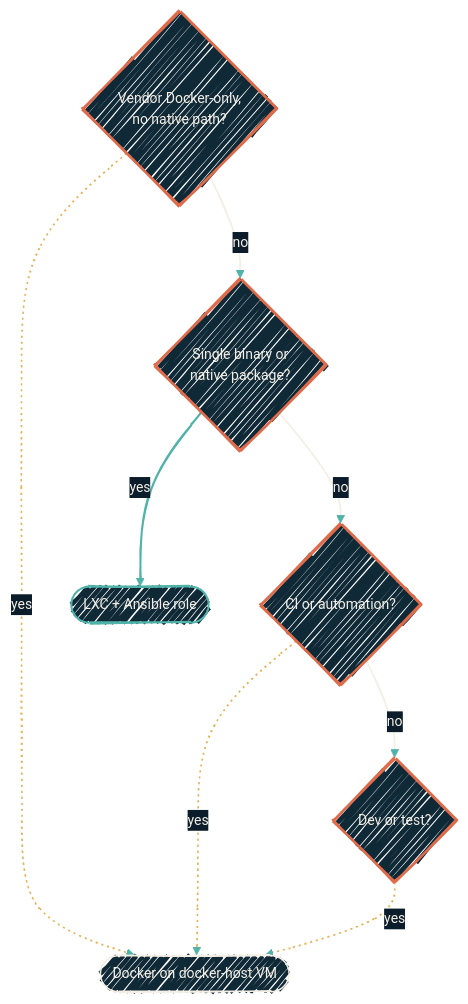
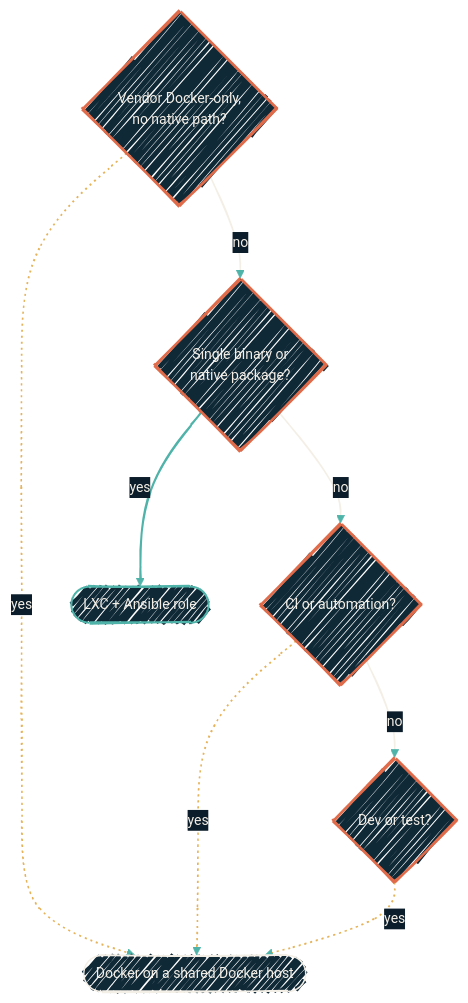
One commit to dryvist/docs changed the diagram in infrastructure/lxc-vs-docker.mdx. Above: the diagram before and after it, drawn with Mermaid. The commit also changed other lines of this file and 2 other files, not shown here.

````diff
--- a/infrastructure/lxc-vs-docker.mdx
+++ b/infrastructure/lxc-vs-docker.mdx
@@ -27,31 +27,31 @@
 ```mermaid
 %%{init:
   {'theme':'base','look':'handDrawn','themeVariables':{'fontFamily':'Geist','fontSize':'14px','primaryColor':'#102937','primaryTextColor':'#F4EFE6','primaryBorderColor':'#4FB3A9','lineColor':'#4FB3A9','secondaryColor':'#0B1D2A','tertiaryColor':'#1A2A38','clusterBkg':'rgba(79,179,169,0.08)','clusterBorder':'#4FB3A9'}}}%%
   flowchart TB
   q1{"Vendor Docker-only,<br/>no native path?"}
   q2{"Single binary or<br/>native package?"}
   q3{"CI or automation?"}
   q4{"Dev or test?"}
   lxc(["LXC + Ansible role"])
-  dh(["Docker on docker-host VM"])
+  dh(["Docker on a shared Docker host"])
 
   q1 -->|yes| dh
   q1 -->|no| q2
   q2 -->|yes| lxc
   q2 -->|no| q3
   q3 -->|yes| dh
   q3 -->|no| q4
   q4 -->|yes| dh
 
   classDef gate fill:#102937,stroke:#E06B4A,stroke-width:2.5px,color:#F4EFE6;
   classDef host fill:#102937,stroke:#4FB3A9,stroke-width:2px,color:#F4EFE6;
   classDef auto fill:#102937,stroke:#F4EFE6,stroke-width:1.5px,color:#F4EFE6;
 
   class q1,q2,q3,q4 gate
   class lxc host
   class dh auto
 
   linkStyle 2 stroke:#4FB3A9,stroke-width:2px;
   linkStyle 0,4,6 stroke:#E6B35A,stroke-width:1.5px,stroke-dasharray:2 4;
   linkStyle 1,3,5 stroke:#F4EFE6,stroke-width:1.5px;
 ```
````
